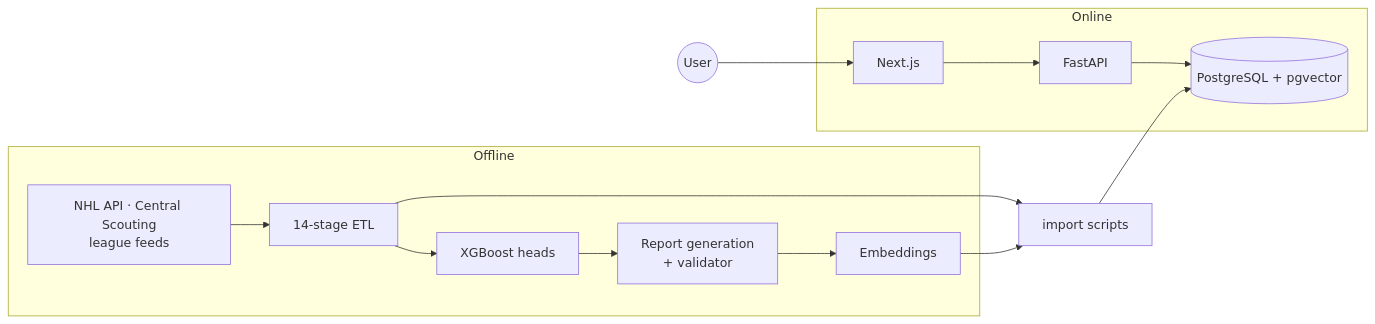
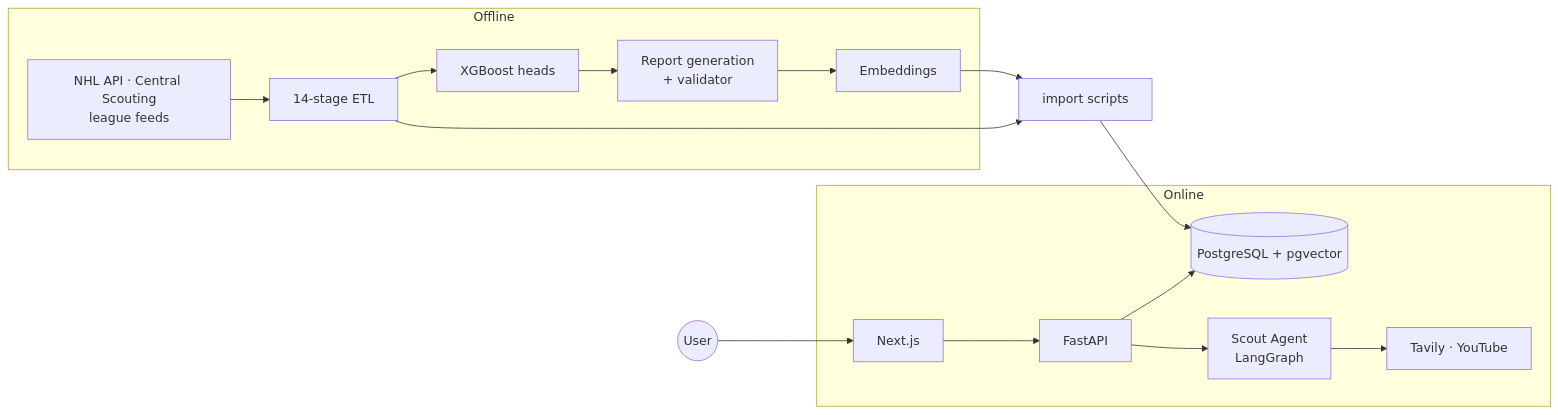
Before and after one commit to shigenogoro/PuckAI-Engineering: the diagram in README.md, drawn with Mermaid. The commit also changed other lines of this file and 19 other files, not shown here.

````diff
--- a/README.md
+++ b/README.md
@@ -41,18 +40,20 @@
 ```mermaid
 flowchart LR
   subgraph Offline
     SRC["NHL API · Central Scouting<br/>league feeds"] --> ETL["14-stage ETL"]
     ETL --> MOD["XGBoost heads"]
     MOD --> GEN["Report generation<br/>+ validator"]
     GEN --> EMB["Embeddings"]
   end
   subgraph Online
     DB[("PostgreSQL + pgvector")]
     API["FastAPI"] --> DB
+    API --> AG["Scout Agent<br/>LangGraph"]
+    AG --> EXT["Tavily · YouTube"]
     WEB["Next.js"] --> API
   end
   ETL --> IMP["import scripts"]
   EMB --> IMP
   IMP --> DB
   USER(("User")) --> WEB
 ```
````
